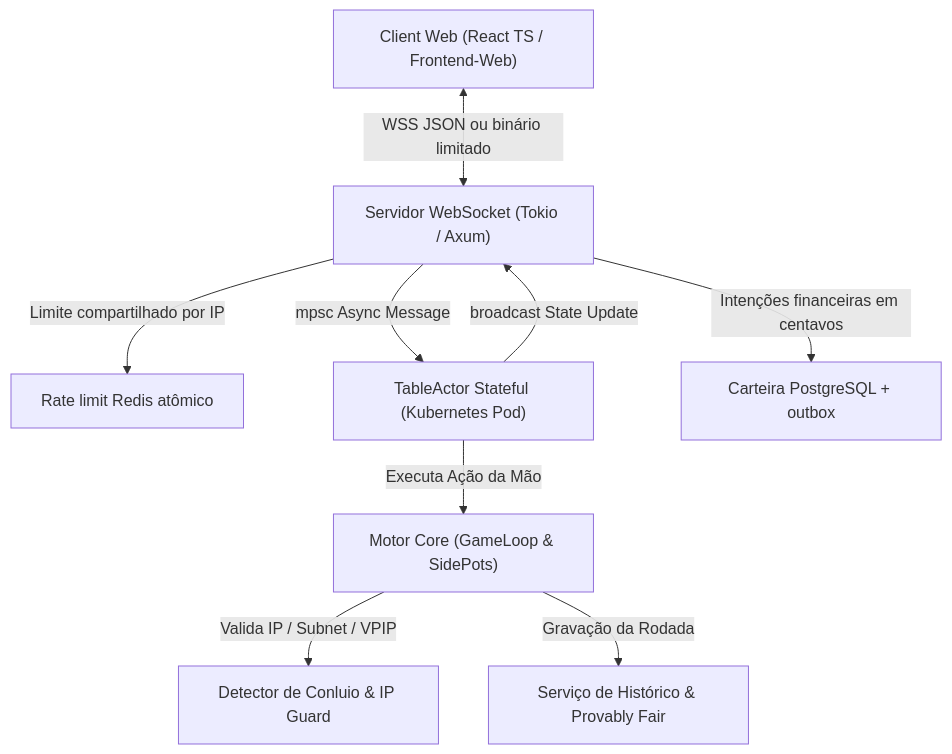
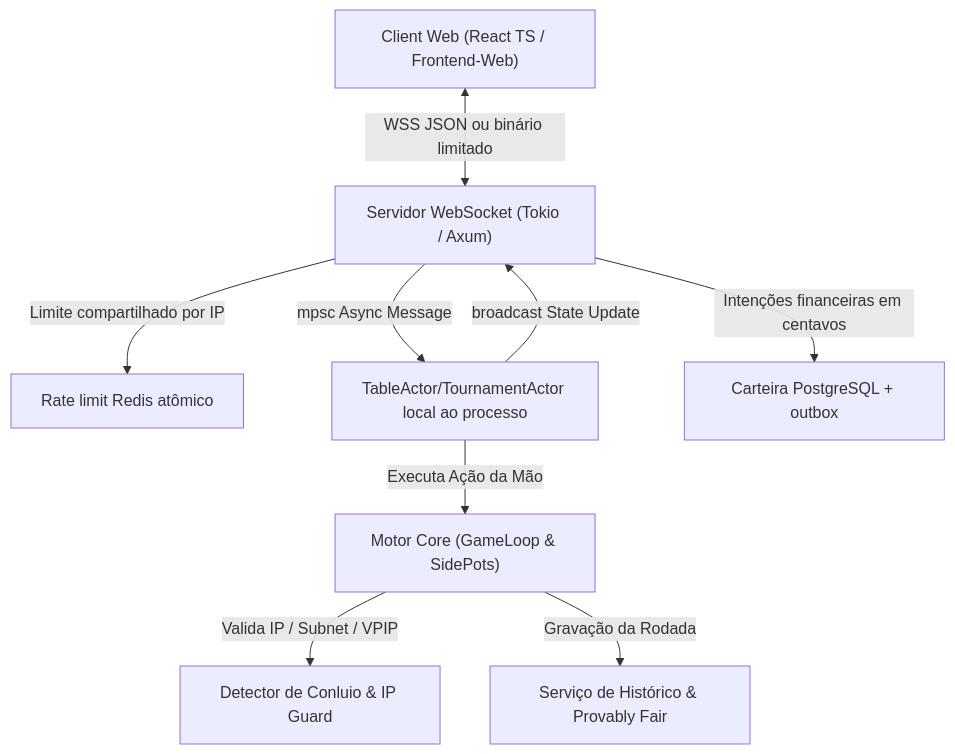
One commit to leofran2204/poker-platform changed the diagram in Documentacao/ARQUITETURA_E_APIS.md. Above: the diagram before and after it, drawn with Mermaid. The commit also changed other lines of this file and 79 other files, not shown here.

````diff
--- a/Documentacao/ARQUITETURA_E_APIS.md
+++ b/Documentacao/ARQUITETURA_E_APIS.md
@@ -32,20 +32,20 @@
 ```mermaid
 graph TD
     Client["Client Web (React TS / Frontend-Web)"]
     WS["Servidor WebSocket (Tokio / Axum)"]
     Limiter["Rate limit Redis atômico"]
-    Actor["TableActor Stateful (Kubernetes Pod)"]
+    Actor["TableActor/TournamentActor local ao processo"]
     Engine["Motor Core (GameLoop & SidePots)"]
     Ledger["Carteira PostgreSQL + outbox"]
     Antifraud["Detector de Conluio & IP Guard"]
     History["Serviço de Histórico & Provably Fair"]
 
     Client <-->|WSS JSON ou binário limitado| WS
     WS -->|Limite compartilhado por IP| Limiter
     WS -->|mpsc Async Message| Actor
     Actor -->|Executa Ação da Mão| Engine
     Engine -->|Valida IP / Subnet / VPIP| Antifraud
     WS -->|Intenções financeiras em centavos| Ledger
     Engine -->|Gravação da Rodada| History
     Actor -->|broadcast State Update| WS
 ```
````
